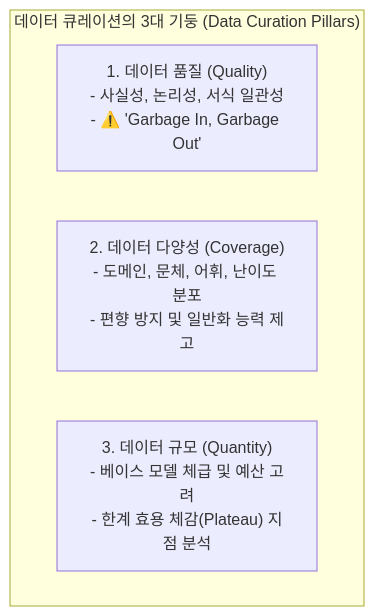
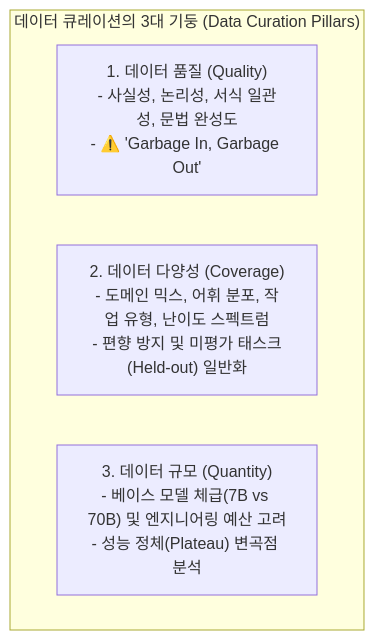
Before and after one commit to sing-u8/AI-Engineering: the first of 2 diagrams in chapter-qa/ch08-datasets-and-data-engineering-qa/01-data-curation-quality-coverage-and-quantity.md, drawn with Mermaid. The commit also changed other lines of this file and 11 other files, not shown here.

````diff
--- a/chapter-qa/ch08-datasets-and-data-engineering-qa/01-data-curation-quality-coverage-and-quantity.md
+++ b/chapter-qa/ch08-datasets-and-data-engineering-qa/01-data-curation-quality-coverage-and-quantity.md
@@ -34,8 +34,8 @@
 ```mermaid
 flowchart TD
     subgraph Pillars["데이터 큐레이션의 3대 기둥 (Data Curation Pillars)"]
-        Q["1. 데이터 품질 (Quality)\n- 사실성, 논리성, 서식 일관성\n- ⚠️ 'Garbage In, Garbage Out'"]
-        C["2. 데이터 다양성 (Coverage)\n- 도메인, 문체, 어휘, 난이도 분포\n- 편향 방지 및 일반화 능력 제고"]
-        N["3. 데이터 규모 (Quantity)\n- 베이스 모델 체급 및 예산 고려\n- 한계 효용 체감(Plateau) 지점 분석"]
+        Q["1. 데이터 품질 (Quality)\n- 사실성, 논리성, 서식 일관성, 문법 완성도\n- ⚠️ 'Garbage In, Garbage Out'"]
+        C["2. 데이터 다양성 (Coverage)\n- 도메인 믹스, 어휘 분포, 작업 유형, 난이도 스펙트럼\n- 편향 방지 및 미평가 태스크(Held-out) 일반화"]
+        N["3. 데이터 규모 (Quantity)\n- 베이스 모델 체급(7B vs 70B) 및 엔지니어링 예산 고려\n- 성능 정체(Plateau) 변곡점 분석"]
     end
 ```
````
